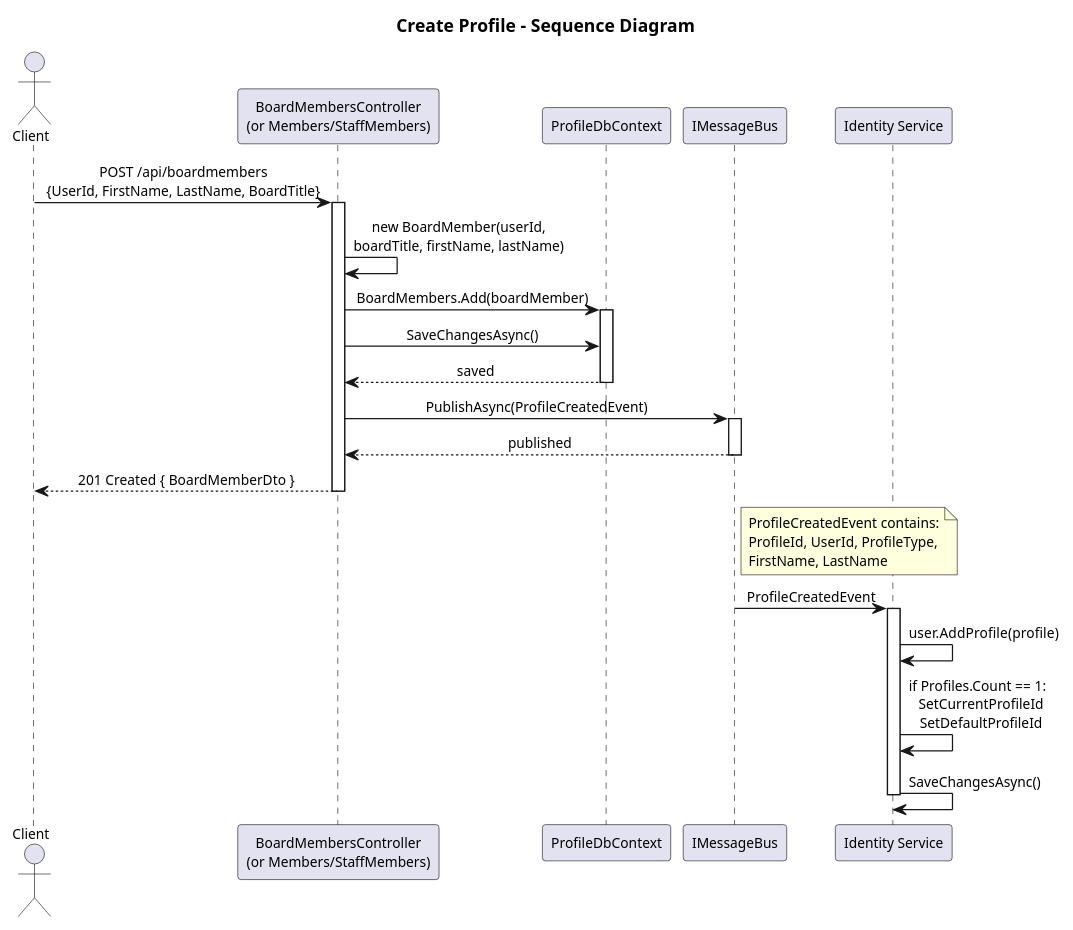
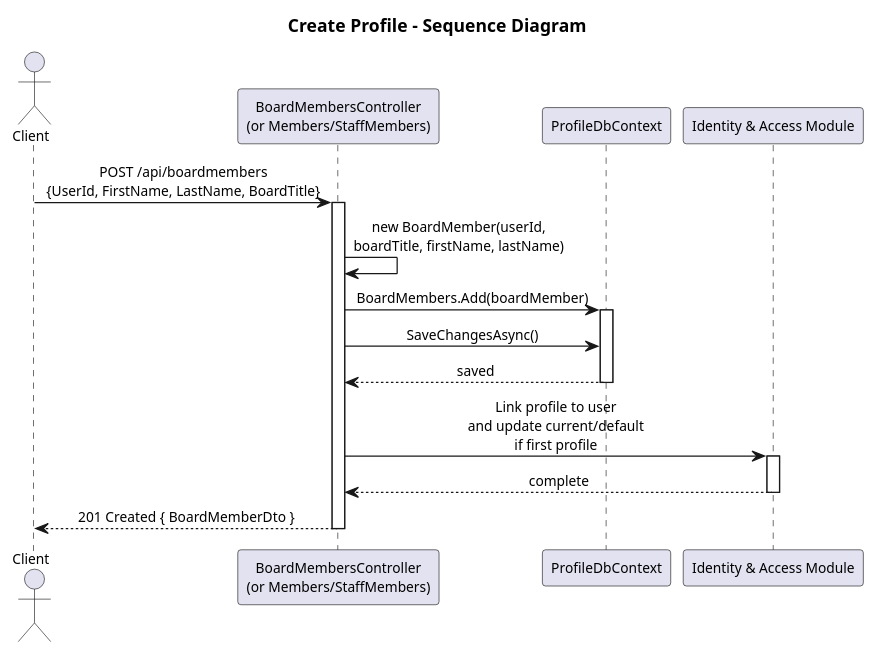
One commit to QuinntyneBrown/Coop changed the diagram in docs/detailed-designs/04-profile-management/sequence-create-profile.puml. Above: the diagram before and after it, drawn with PlantUML. The commit also changed 7 other files, not shown here.

Commit message:
Update PlantUML diagrams for profile and document management

```diff
--- a/docs/detailed-designs/04-profile-management/sequence-create-profile.puml
+++ b/docs/detailed-designs/04-profile-management/sequence-create-profile.puml
@@ -1,49 +1,35 @@
 @startuml sequence-create-profile
 
 skinparam defaultFontSize 11
 skinparam sequenceMessageAlign center
 skinparam shadowing false
 skinparam responseMessageBelowArrow true
 skinparam pageMargin 10
 
 title Create Profile - Sequence Diagram
 
 actor Client
 participant "BoardMembersController\n(or Members/StaffMembers)" as Ctrl
 participant "ProfileDbContext" as DB
-participant "IMessageBus" as Bus
-participant "Identity Service" as Identity
+participant "Identity & Access Module" as Identity
 
 Client -> Ctrl : POST /api/boardmembers\n{UserId, FirstName, LastName, BoardTitle}
 activate Ctrl
 
 Ctrl -> Ctrl : new BoardMember(userId,\nboardTitle, firstName, lastName)
 
 Ctrl -> DB : BoardMembers.Add(boardMember)
 activate DB
 Ctrl -> DB : SaveChangesAsync()
 DB --> Ctrl : saved
 deactivate DB
 
-Ctrl -> Bus : PublishAsync(ProfileCreatedEvent)
-activate Bus
-Bus --> Ctrl : published
-deactivate Bus
+Ctrl -> Identity : Link profile to user\nand update current/default\nif first profile
+activate Identity
+Identity --> Ctrl : complete
+deactivate Identity
 
 Ctrl --> Client : 201 Created { BoardMemberDto }
 deactivate Ctrl
 
-note right of Bus
-  ProfileCreatedEvent contains:
-  ProfileId, UserId, ProfileType,
-  FirstName, LastName
-end note
-
-Bus -> Identity : ProfileCreatedEvent
-activate Identity
-Identity -> Identity : user.AddProfile(profile)
-Identity -> Identity : if Profiles.Count == 1:\n  SetCurrentProfileId\n  SetDefaultProfileId
-Identity -> Identity : SaveChangesAsync()
-deactivate Identity
-
 @enduml
```
